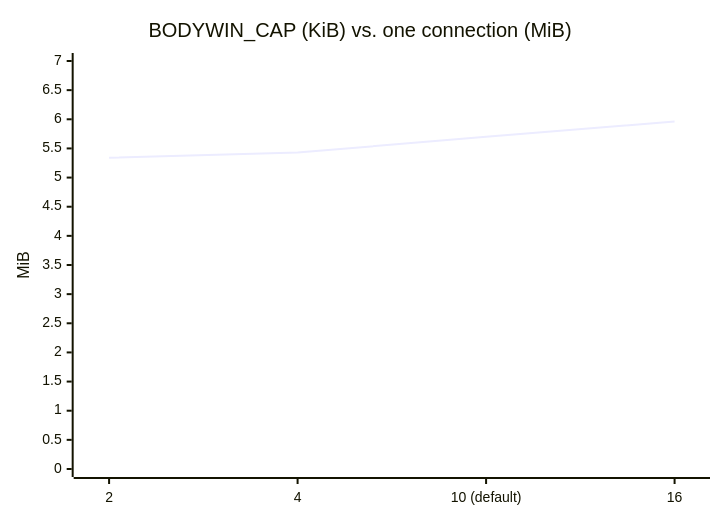
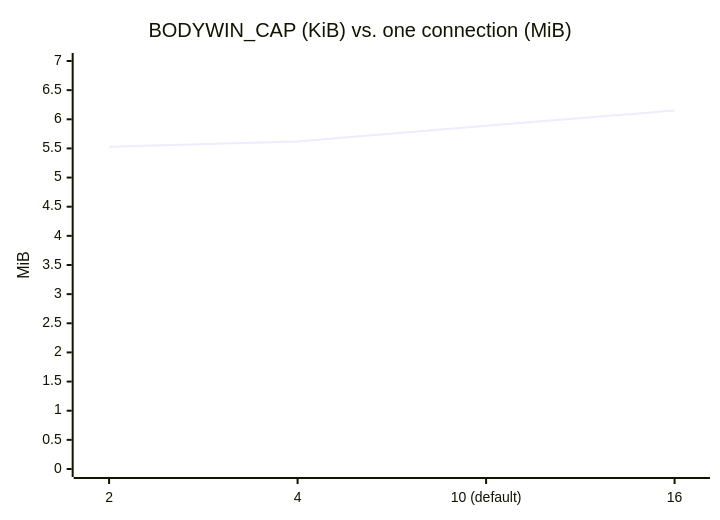
One commit to Hakkadaikon/wired changed the sixth of 9 diagrams in docs/arch/memory.md. Above: the diagram before and after it, drawn with Mermaid. The commit also changed other lines of this file and 11 other files, not shown here.

````diff
--- a/docs/arch/memory.md
+++ b/docs/arch/memory.md
@@ -139,7 +139,7 @@
 ```mermaid
 xychart-beta
     title "BODYWIN_CAP (KiB) vs. one connection (MiB)"
     x-axis ["2", "4", "10 (default)", "16"]
     y-axis "MiB" 0 --> 7
-    line [5.34, 5.43, 5.70, 5.96]
+    line [5.53, 5.62, 5.89, 6.15]
 ```
````
